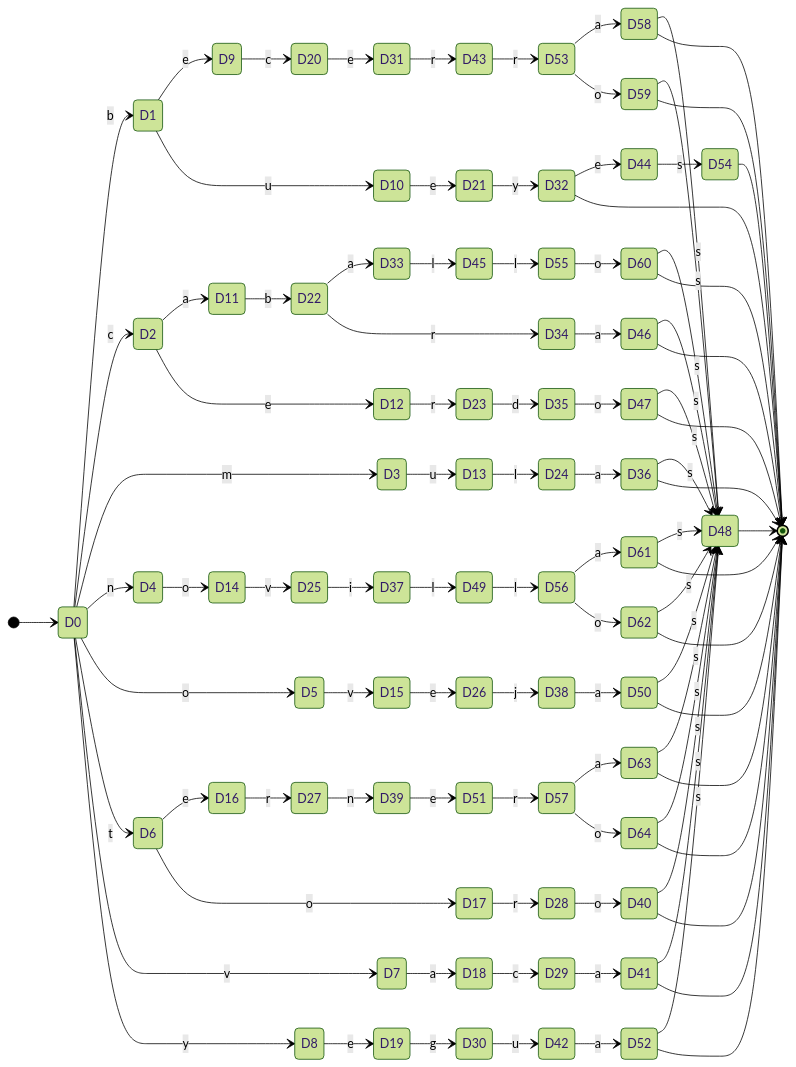
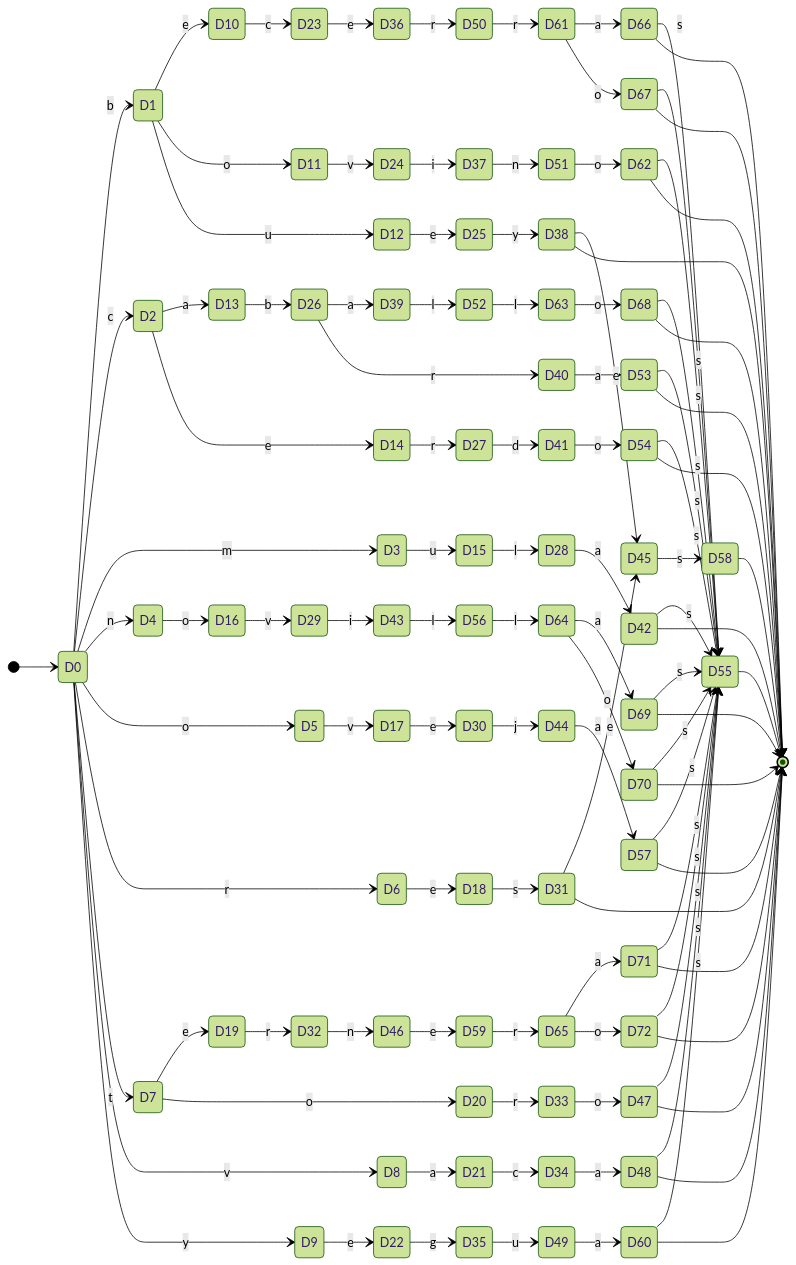
The tenth of 13 diagrams in docs/automatas.md (Brokenearth/contratosPorVoz), drawn with Mermaid (forest theme) before and after one commit. The commit also changed other lines of this file and 3 other files, not shown here.

Commit message:
docs: regenera ejemplos y diagramas desde el código actual

````diff
--- a/docs/automatas.md
+++ b/docs/automatas.md
@@ -1126,93 +1146,105 @@
   D0 --> D3: m
   D0 --> D4: n
   D0 --> D5: o
-  D0 --> D6: t
-  D0 --> D7: v
-  D0 --> D8: y
-  D1 --> D9: e
-  D1 --> D10: u
-  D2 --> D11: a
-  D2 --> D12: e
-  D3 --> D13: u
-  D4 --> D14: o
-  D5 --> D15: v
-  D6 --> D16: e
-  D6 --> D17: o
-  D7 --> D18: a
-  D8 --> D19: e
-  D9 --> D20: c
-  D10 --> D21: e
-  D11 --> D22: b
-  D12 --> D23: r
-  D13 --> D24: l
-  D14 --> D25: v
-  D15 --> D26: e
-  D16 --> D27: r
-  D17 --> D28: r
-  D18 --> D29: c
-  D19 --> D30: g
-  D20 --> D31: e
-  D21 --> D32: y
-  D22 --> D33: a
-  D22 --> D34: r
-  D23 --> D35: d
-  D24 --> D36: a
-  D25 --> D37: i
-  D26 --> D38: j
-  D27 --> D39: n
-  D28 --> D40: o
-  D29 --> D41: a
-  D30 --> D42: u
-  D31 --> D43: r
-  D32 --> D44: e
-  D33 --> D45: l
-  D34 --> D46: a
-  D35 --> D47: o
-  D36 --> D48: s
-  D37 --> D49: l
-  D38 --> D50: a
-  D39 --> D51: e
-  D40 --> D48: s
-  D41 --> D48: s
-  D42 --> D52: a
-  D43 --> D53: r
-  D44 --> D54: s
-  D45 --> D55: l
-  D46 --> D48: s
-  D47 --> D48: s
-  D49 --> D56: l
-  D50 --> D48: s
-  D51 --> D57: r
-  D52 --> D48: s
-  D53 --> D58: a
-  D53 --> D59: o
-  D55 --> D60: o
-  D56 --> D61: a
-  D56 --> D62: o
-  D57 --> D63: a
-  D57 --> D64: o
-  D58 --> D48: s
-  D59 --> D48: s
-  D60 --> D48: s
-  D61 --> D48: s
-  D62 --> D48: s
-  D63 --> D48: s
-  D64 --> D48: s
-  D32 --> [*]
-  D36 --> [*]
-  D40 --> [*]
-  D41 --> [*]
-  D46 --> [*]
+  D0 --> D6: r
+  D0 --> D7: t
+  D0 --> D8: v
+  D0 --> D9: y
+  D1 --> D10: e
+  D1 --> D11: o
+  D1 --> D12: u
+  D2 --> D13: a
+  D2 --> D14: e
+  D3 --> D15: u
+  D4 --> D16: o
+  D5 --> D17: v
+  D6 --> D18: e
+  D7 --> D19: e
+  D7 --> D20: o
+  D8 --> D21: a
+  D9 --> D22: e
+  D10 --> D23: c
+  D11 --> D24: v
+  D12 --> D25: e
+  D13 --> D26: b
+  D14 --> D27: r
+  D15 --> D28: l
+  D16 --> D29: v
+  D17 --> D30: e
+  D18 --> D31: s
+  D19 --> D32: r
+  D20 --> D33: r
+  D21 --> D34: c
+  D22 --> D35: g
+  D23 --> D36: e
+  D24 --> D37: i
+  D25 --> D38: y
+  D26 --> D39: a
+  D26 --> D40: r
+  D27 --> D41: d
+  D28 --> D42: a
+  D29 --> D43: i
+  D30 --> D44: j
+  D31 --> D45: e
+  D32 --> D46: n
+  D33 --> D47: o
+  D34 --> D48: a
+  D35 --> D49: u
+  D36 --> D50: r
+  D37 --> D51: n
+  D38 --> D45: e
+  D39 --> D52: l
+  D40 --> D53: a
+  D41 --> D54: o
+  D42 --> D55: s
+  D43 --> D56: l
+  D44 --> D57: a
+  D45 --> D58: s
+  D46 --> D59: e
+  D47 --> D55: s
+  D48 --> D55: s
+  D49 --> D60: a
+  D50 --> D61: r
+  D51 --> D62: o
+  D52 --> D63: l
+  D53 --> D55: s
+  D54 --> D55: s
+  D56 --> D64: l
+  D57 --> D55: s
+  D59 --> D65: r
+  D60 --> D55: s
+  D61 --> D66: a
+  D61 --> D67: o
+  D62 --> D55: s
+  D63 --> D68: o
+  D64 --> D69: a
+  D64 --> D70: o
+  D65 --> D71: a
+  D65 --> D72: o
+  D66 --> D55: s
+  D67 --> D55: s
+  D68 --> D55: s
+  D69 --> D55: s
+  D70 --> D55: s
+  D71 --> D55: s
+  D72 --> D55: s
+  D31 --> [*]
+  D38 --> [*]
+  D42 --> [*]
   D47 --> [*]
   D48 --> [*]
-  D50 --> [*]
-  D52 --> [*]
+  D53 --> [*]
   D54 --> [*]
+  D55 --> [*]
+  D57 --> [*]
   D58 --> [*]
-  D59 --> [*]
   D60 --> [*]
-  D61 --> [*]
   D62 --> [*]
-  D63 --> [*]
-  D64 --> [*]
+  D66 --> [*]
+  D67 --> [*]
+  D68 --> [*]
+  D69 --> [*]
+  D70 --> [*]
+  D71 --> [*]
+  D72 --> [*]
 ```
````
